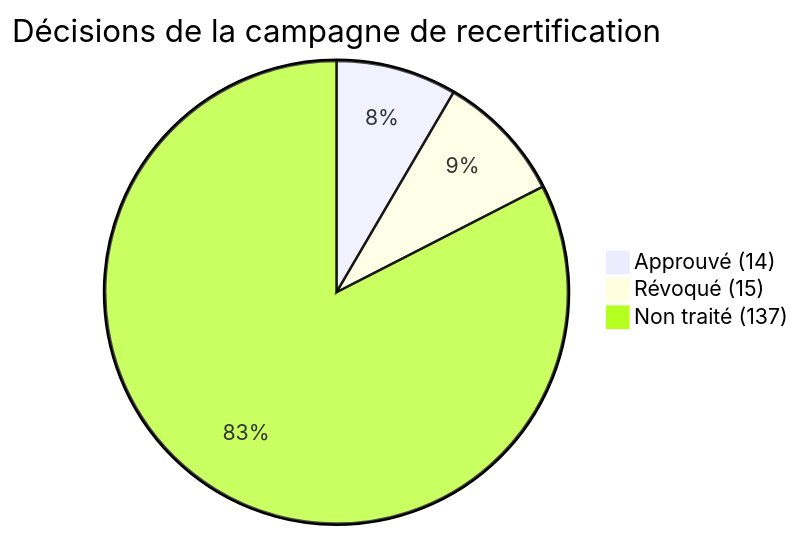
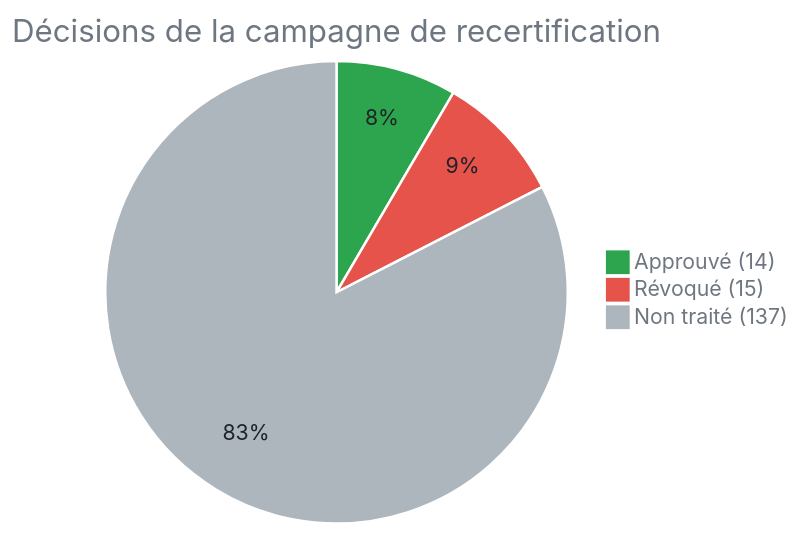
The second of 2 diagrams in README.md (Anne-LaureS/IAM-Governance-Roadmap), drawn with Mermaid before and after one commit. The commit also changed other lines of this file, not shown here.

Commit message:
Éclaircit le mindmap et le camembert (lisibles en mode sombre) et lie le dashboard en tête de page

````diff
--- a/README.md
+++ b/README.md
@@ -120,6 +123,7 @@
 ```mermaid
+%%{init: {"theme":"base","themeVariables":{"pie1":"#2da44e","pie2":"#e5534b","pie3":"#adb5bd","pieTitleTextColor":"#6e7781","pieSectionTextColor":"#1f2328","pieLegendTextColor":"#6e7781","pieStrokeColor":"#ffffff","pieOuterStrokeColor":"#ffffff","pieStrokeWidth":"2px","pieOpacity":"1"}}}%%
 pie title Décisions de la campagne de recertification
     "Approuvé (14)" : 14
     "Révoqué (15)" : 15
     "Non traité (137)" : 137
 ```
````
